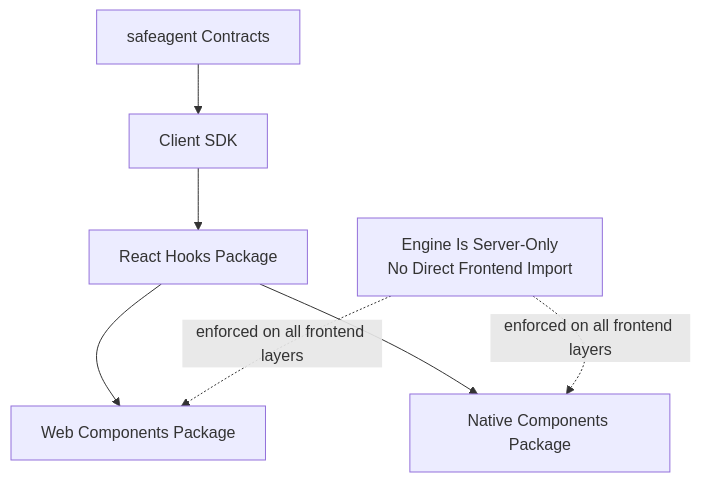
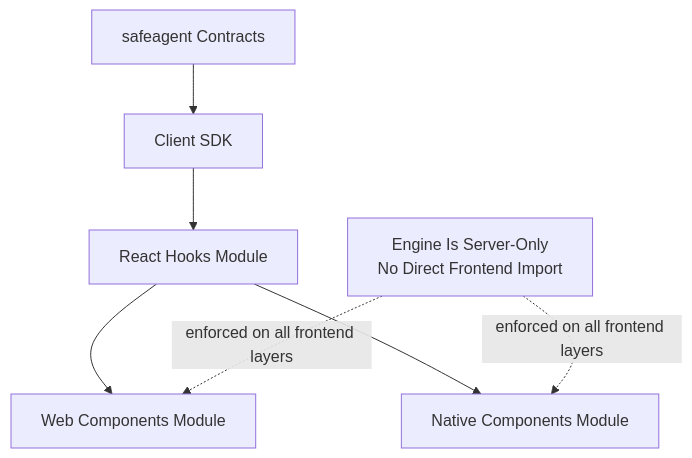
The fourth of 18 diagrams in plan/18-frontend-sdk.md (1qh/safeagent), drawn with Mermaid before and after one commit. The commit also changed other lines of this file and 10 other files, not shown here.

````diff
--- a/plan/18-frontend-sdk.md
+++ b/plan/18-frontend-sdk.md
@@ -98,16 +99,16 @@
 ```mermaid
 flowchart TD
     SAFEAGENT_CONTRACTS[safeagent Contracts]
     CLIENT_LAYER[Client SDK]
-    REACT_LAYER[React Hooks Package]
-    WEB_LAYER[Web Components Package]
-    NATIVE_LAYER[Native Components Package]
+    REACT_LAYER[React Hooks Module]
+    WEB_LAYER[Web Components Module]
+    NATIVE_LAYER[Native Components Module]
     SERVER_ONLY_RULE[Engine Is Server-Only\nNo Direct Frontend Import]
 
     SAFEAGENT_CONTRACTS --> CLIENT_LAYER
     CLIENT_LAYER --> REACT_LAYER
     REACT_LAYER --> WEB_LAYER
     REACT_LAYER --> NATIVE_LAYER
     SERVER_ONLY_RULE -.enforced on all frontend layers.-> WEB_LAYER
     SERVER_ONLY_RULE -.enforced on all frontend layers.-> NATIVE_LAYER
 ```
````
